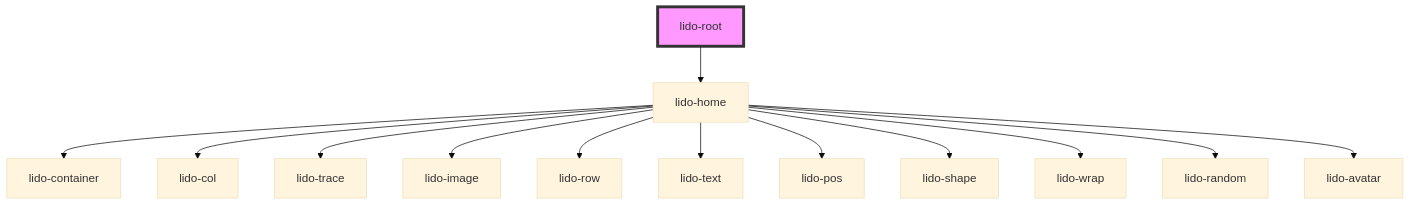
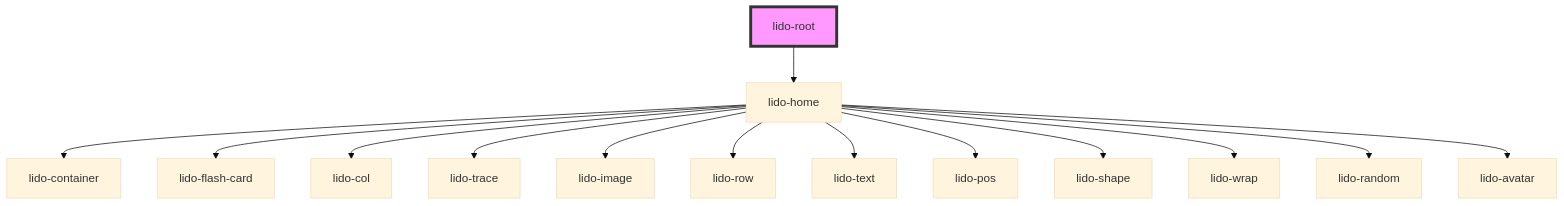
The diagram in src/components/root/readme.md (chimple/lido-player), drawn with Mermaid (base theme) before and after one commit. The commit also changed 8 other files, not shown here.

Commit message:
Added lido-flash-card component

````diff
--- a/src/components/root/readme.md
+++ b/src/components/root/readme.md
@@ -25,16 +25,17 @@
 ```mermaid
 graph TD;
   lido-root --> lido-home
   lido-home --> lido-container
+  lido-home --> lido-flash-card
   lido-home --> lido-col
   lido-home --> lido-trace
   lido-home --> lido-image
   lido-home --> lido-row
   lido-home --> lido-text
   lido-home --> lido-pos
   lido-home --> lido-shape
   lido-home --> lido-wrap
   lido-home --> lido-random
   lido-home --> lido-avatar
   style lido-root fill:#f9f,stroke:#333,stroke-width:4px
 ```
````
